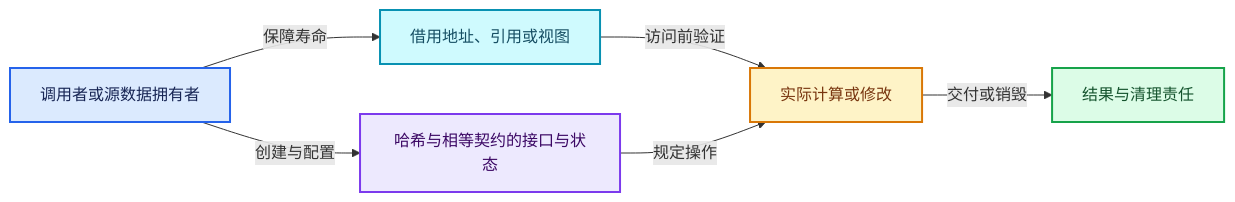
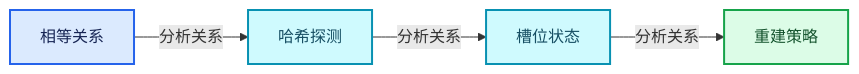
The third of 4 diagrams in 杂/markdown/全面学习-codex/02-哈希表与关联数据结构/01-哈希与相等契约.md (yunkezengren/blender-.vscode), drawn with Mermaid before and after one commit. The commit also changed other lines of this file and 1930 other files, not shown here.

````diff
--- a/杂/markdown/全面学习-codex/02-哈希表与关联数据结构/01-哈希与相等契约.md
+++ b/杂/markdown/全面学习-codex/02-哈希表与关联数据结构/01-哈希与相等契约.md
@@ -777,19 +64,16 @@
 ```mermaid
 flowchart LR
-  O["调用者或源数据拥有者"]:::input
-  V["哈希与相等契约的接口与状态"]:::abstraction
-  B["借用地址、引用或视图"]:::data
-  W["实际计算或修改"]:::compute
-  R["结果与清理责任"]:::result
-  O -->|"创建与配置"| V
-  O -->|"保障寿命"| B
-  B -->|"访问前验证"| W
-  V -->|"规定操作"| W
-  W -->|"交付或销毁"| R
+  P0["相等关系"]:::input
+  P1["哈希探测"]:::data
+  P2["槽位状态"]:::data
+  P3["重建策略"]:::result
+  P0 -->|"分析关系"| P1
+  P1 -->|"分析关系"| P2
+  P2 -->|"分析关系"| P3
   classDef input fill:#DBEAFE,stroke:#2563EB,color:#172554,stroke-width:2px;
   classDef data fill:#CFFAFE,stroke:#0891B2,color:#164E63,stroke-width:2px;
   classDef abstraction fill:#EDE9FE,stroke:#7C3AED,color:#3B0764,stroke-width:2px;
   classDef compute fill:#FEF3C7,stroke:#D97706,color:#78350F,stroke-width:2px;
   classDef result fill:#DCFCE7,stroke:#16A34A,color:#14532D,stroke-width:2px;
   classDef error fill:#FEE2E2,stroke:#DC2626,color:#7F1D1D,stroke-width:2px;
 ```
````
